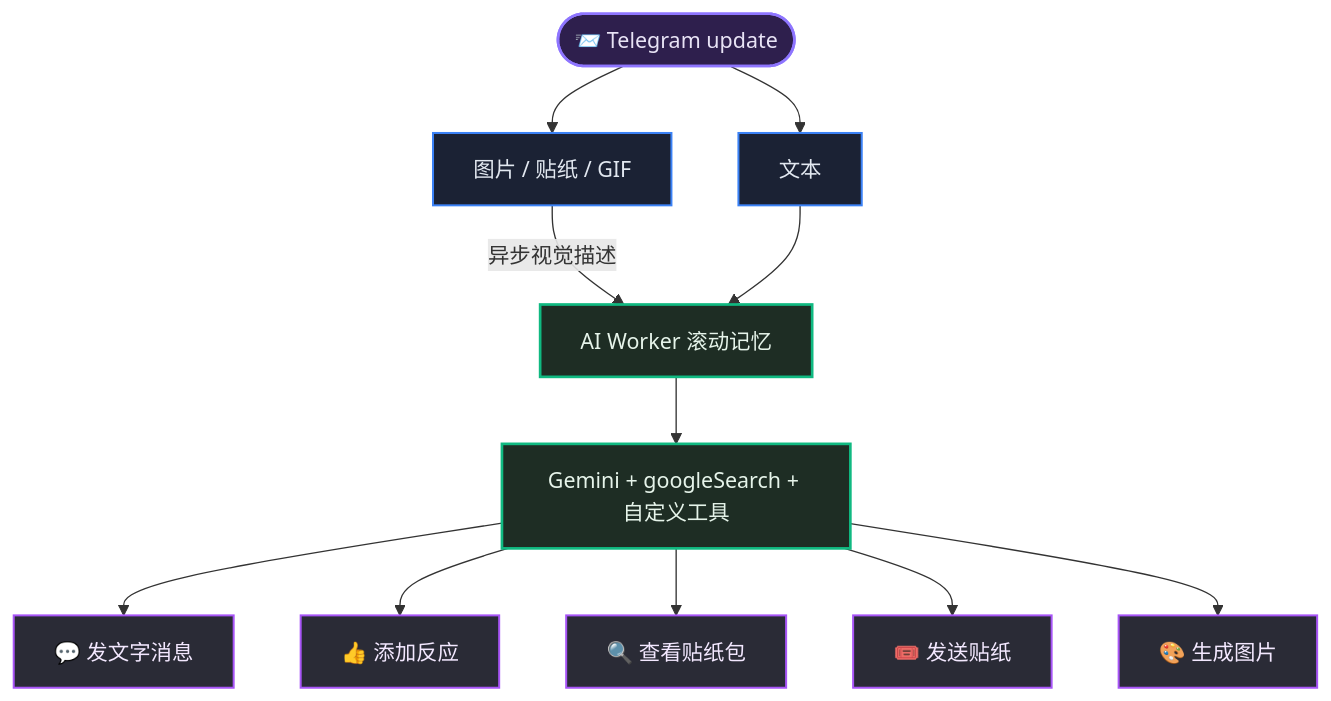
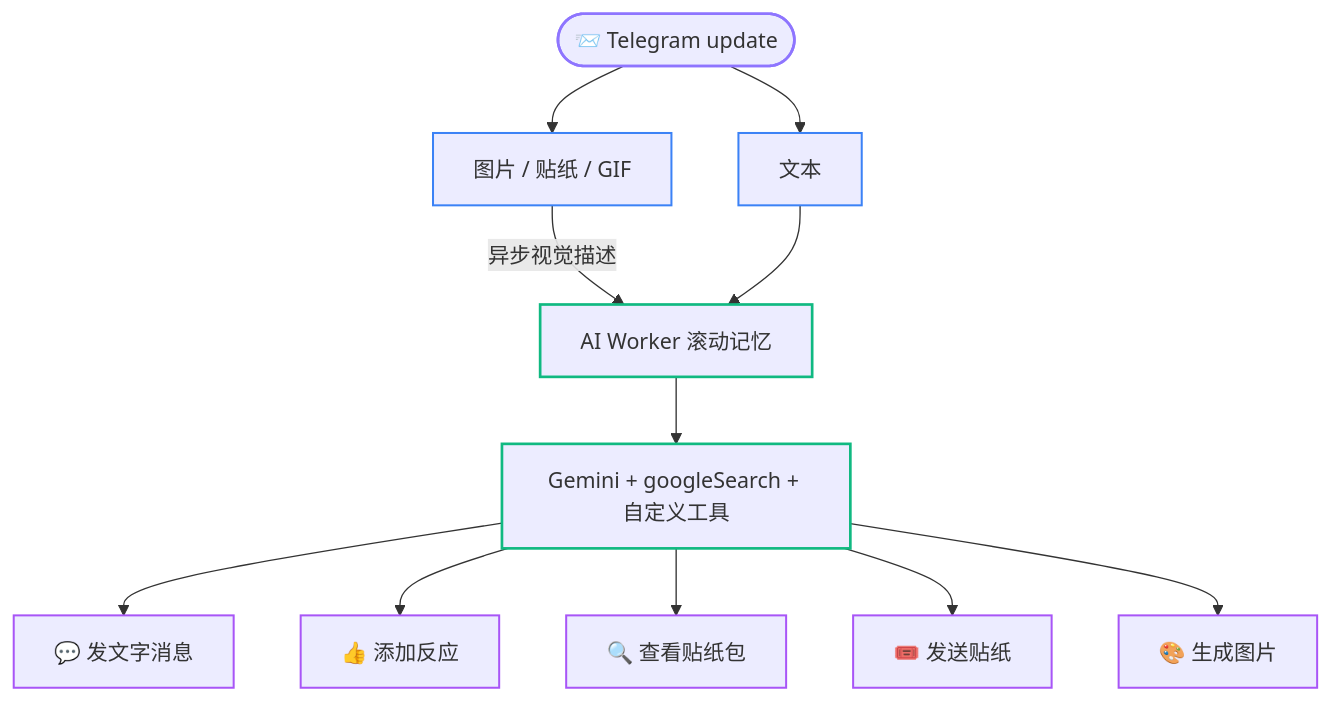
The first of 2 diagrams in README.md (Asashishi/copy_ninjia), drawn with Mermaid before and after one commit. The commit also changed other lines of this file, not shown here.

````diff
--- a/README.md
+++ b/README.md
@@ -134,20 +124,19 @@
 ```mermaid
 flowchart TD
-    %% 样式定义以增强视觉效果
-    classDef input fill:#2e1f4d,stroke:#8e75ff,stroke-width:2px,color:#e8e3f5;
-    classDef process fill:#1b2234,stroke:#3b82f6,stroke-width:1.5px,color:#e2e8f0;
-    classDef ai fill:#1e2d24,stroke:#10b981,stroke-width:2px,color:#e6f4ea;
-    classDef action fill:#2a2b36,stroke:#a855f7,stroke-width:1.5px,color:#f3e8ff;
+    classDef input stroke:#8e75ff,stroke-width:2px;
+    classDef process stroke:#3b82f6,stroke-width:1.5px;
+    classDef ai stroke:#10b981,stroke-width:2px;
+    classDef action stroke:#a855f7,stroke-width:1.5px;
 
     U(["📨 Telegram update"]):::input --> TXT["文本"]:::process
     U --> MED["图片 / 贴纸 / GIF"]:::process
     MED -- 异步视觉描述 --> MEM["AI Worker 滚动记忆"]:::ai
     TXT --> MEM
     MEM --> G["Gemini + googleSearch + 自定义工具"]:::ai
     
     G --> A1["💬 发文字消息"]:::action
     G --> A2["👍 添加反应"]:::action
     G --> A3["🔍 查看贴纸包"]:::action
     G --> A4["🎟️ 发送贴纸"]:::action
     G --> A5["🎨 生成图片"]:::action
 ```
````
